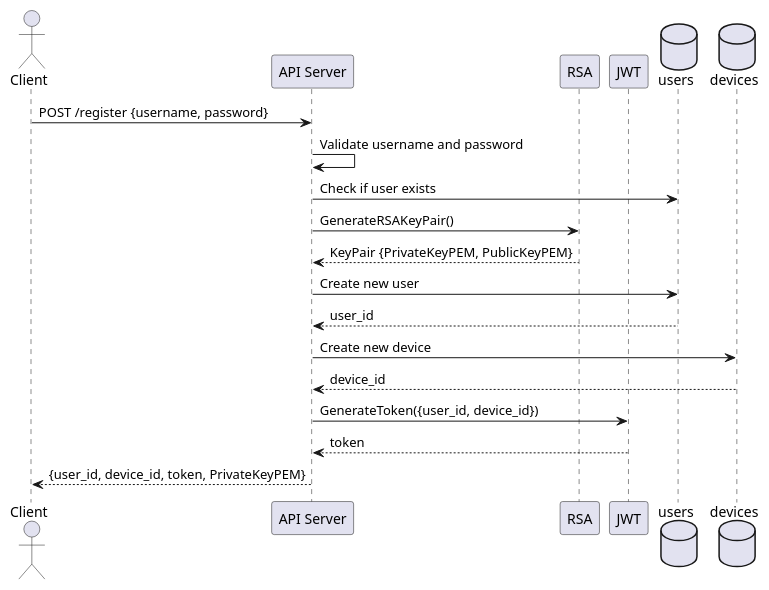
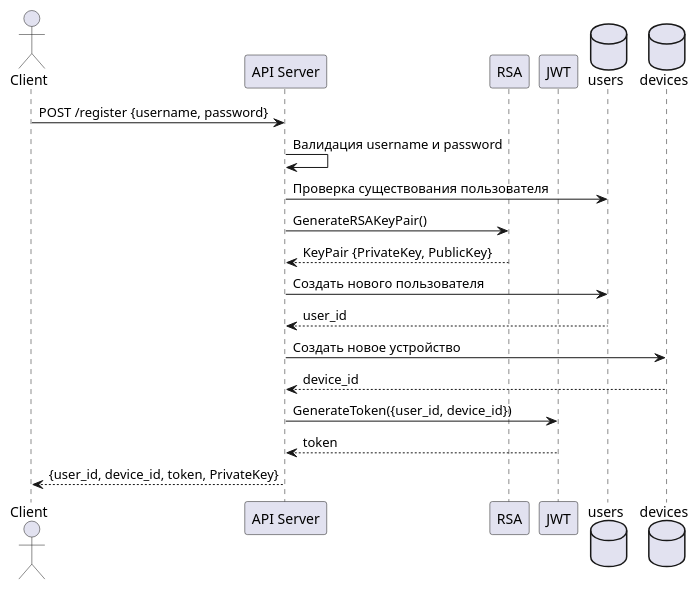
The diagram in docs/register.puml (sbilibin2017/gophkeeper), drawn with PlantUML before and after one commit. The commit also changed 5 other files, not shown here.

Commit message:
Updated docs for server/client functionality

```diff
--- a/docs/register.puml
+++ b/docs/register.puml
@@ -1,22 +1,40 @@
 @startuml
+' Актор — клиентское приложение (CLI, Desktop, Mobile и т.д.)
 actor Client
+
+' Участники процесса
 participant "API Server" as Server
 participant RSA
 participant JWT
 database "users" as Users
 database "devices" as Devices
 
+' Клиент отправляет запрос на регистрацию нового пользователя
 Client -> Server: POST /register {username, password}
-Server -> Server: Validate username and password
-Server -> Users: Check if user exists
+
+' Сервер проверяет корректность данных
+Server -> Server: Валидация username и password
+
+' Сервер проверяет, что пользователь с таким именем не существует
+Server -> Users: Проверка существования пользователя
+
+' Генерация пары ключей RSA для устройства
 Server -> RSA: GenerateRSAKeyPair()
-RSA --> Server: KeyPair {PrivateKeyPEM, PublicKeyPEM}
-Server -> Users: Create new user
+RSA --> Server: KeyPair {PrivateKey, PublicKey}
+
+' Создание нового пользователя в базе данных
+Server -> Users: Создать нового пользователя
 Users --> Server: user_id
-Server -> Devices: Create new device
+
+' Создание новой записи устройства (привязка к пользователю)
+Server -> Devices: Создать новое устройство
 Devices --> Server: device_id
+
+' Генерация JWT токена с данными пользователя и устройства
 Server -> JWT: GenerateToken({user_id, device_id})
 JWT --> Server: token
-Server --> Client: {user_id, device_id, token, PrivateKeyPEM}
+
+' Сервер отправляет клиенту идентификаторы, токен и приватный ключ устройства
+Server --> Client: {user_id, device_id, token, PrivateKey}
 
 @enduml
```
